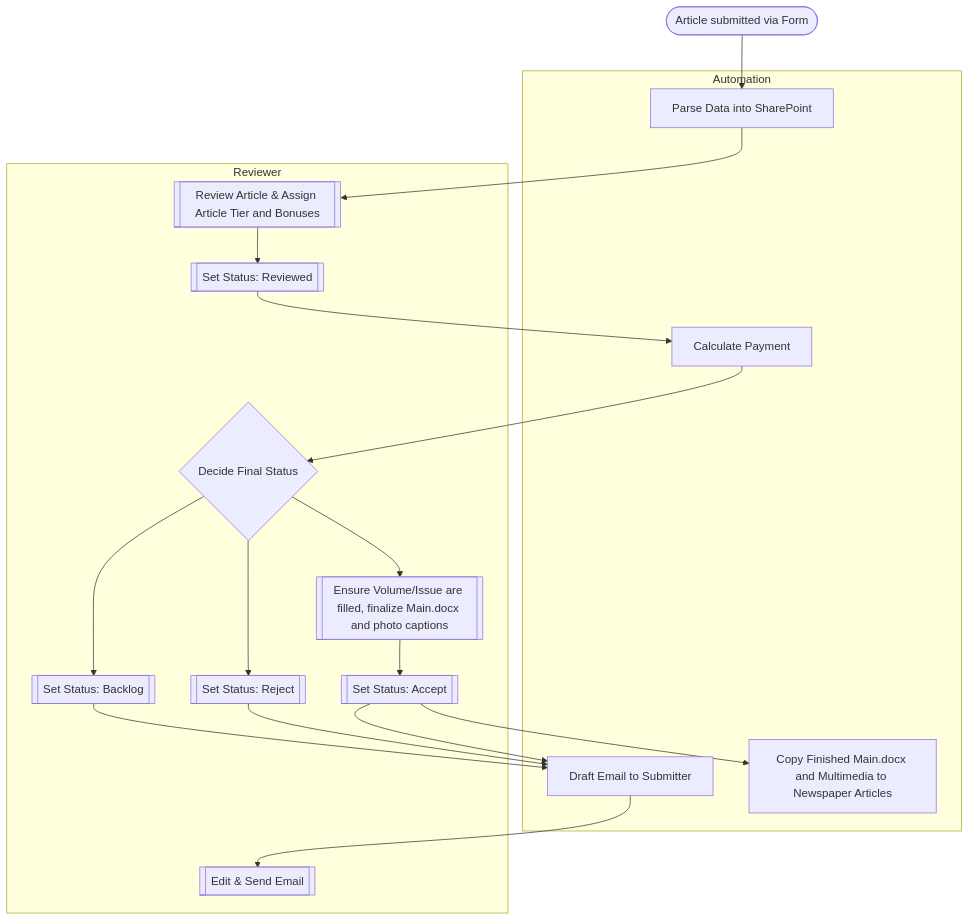
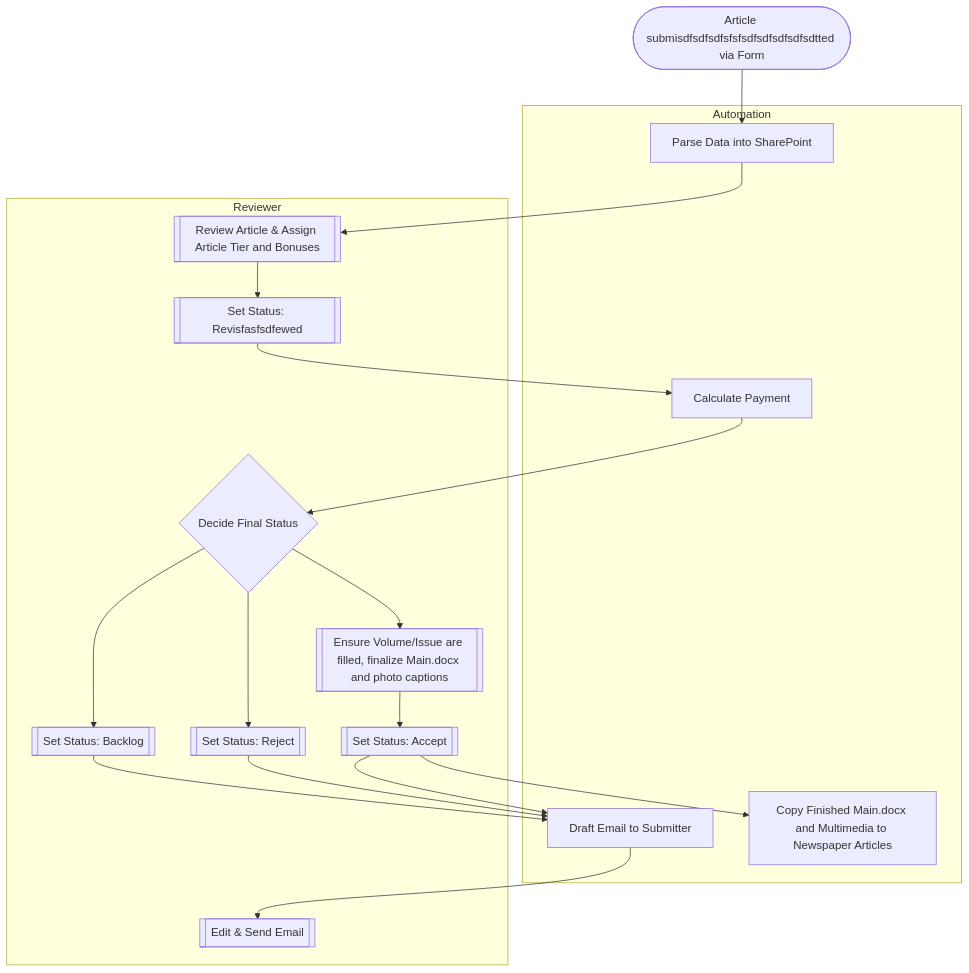
Before and after one commit to Over-the-Edge-Newspaper-Society/ote-documentation: the diagram in src/content/docs/submission-process/index.md, drawn with Mermaid. The commit also changed other lines of this file and 6 other files, not shown here.

````diff
--- a/src/content/docs/submission-process/index.md
+++ b/src/content/docs/submission-process/index.md
@@ -25,38 +24,38 @@
 ```mermaid
 flowchart TD
     %% External Trigger
-    A([Article submitted via Form]) 
+    A([Article submisdfsdfsdfsfsfsdfsdfsdfsdfsdtted via Form]) 
 
     %% Automation Block
     subgraph Automation
         B[Parse Data into SharePoint]
         C[Calculate Payment]
         J[Draft Email to Submitter]
         L[Copy Finished Main.docx and Multimedia to Newspaper Articles]
     end
 
     %% Reviewer Block
     subgraph Reviewer
         D[[Review Article & Assign Article Tier and Bonuses]]
-        E[[Set Status: Reviewed]]
+        E[[Set Status: Revisfasfsdfewed]]
         F{Decide Final Status}
         G[[Set Status: Backlog]]
         H[[Set Status: Accept]]
         I[[Set Status: Reject]]
         K[[Edit & Send Email]]
         N[[Ensure Volume/Issue are filled, finalize Main.docx and photo captions]]
     end
 
     %% Flow
     A --> B --> D --> E --> C
     C --> F
     F --> G
     F --> I
     F --> N
     N --> H
     G --> J
     H --> J
     I --> J
     J --> K
     H --> L
 ```
````
